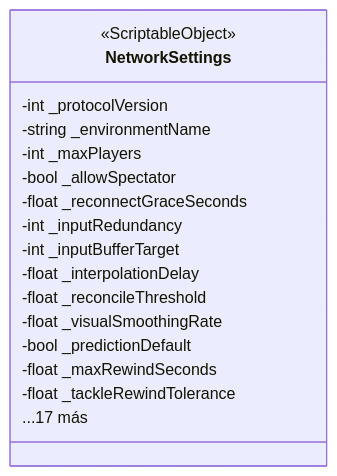
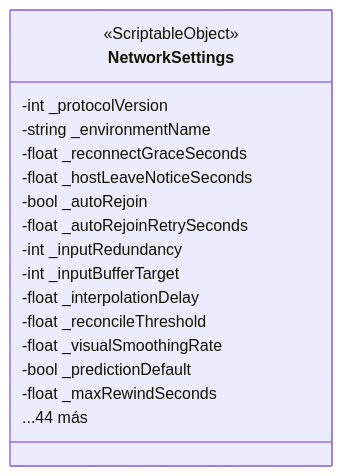
One commit to Chacashi/Alien-Farms changed the diagram in Docs/Arquitectura/Clases/Data/NetworkSettings.md. Above: the diagram before and after it, drawn with Mermaid. The commit also changed other lines of this file and 257 other files, not shown here.

````diff
--- a/Docs/Arquitectura/Clases/Data/NetworkSettings.md
+++ b/Docs/Arquitectura/Clases/Data/NetworkSettings.md
@@ -18,22 +18,22 @@
 ```mermaid
 classDiagram
   direction LR
   class NetworkSettings {
     <<ScriptableObject>>
     -int _protocolVersion
     -string _environmentName
-    -int _maxPlayers
-    -bool _allowSpectator
     -float _reconnectGraceSeconds
+    -float _hostLeaveNoticeSeconds
+    -bool _autoRejoin
+    -float _autoRejoinRetrySeconds
     -int _inputRedundancy
     -int _inputBufferTarget
     -float _interpolationDelay
     -float _reconcileThreshold
     -float _visualSmoothingRate
     -bool _predictionDefault
     -float _maxRewindSeconds
-    -float _tackleRewindTolerance
-    ...17 más
+    ...44 más
   }
   classDef external fill:#eee,stroke:#999,stroke-dasharray: 4 3,color:#555
 ```
````
